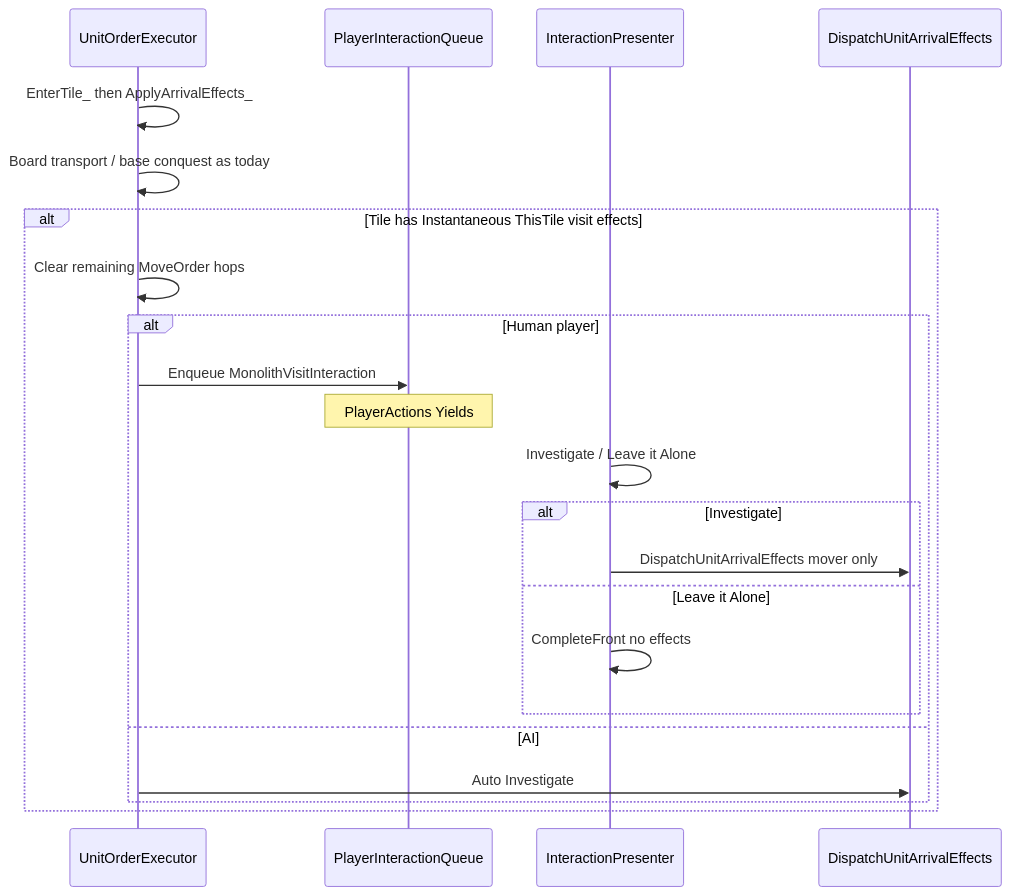
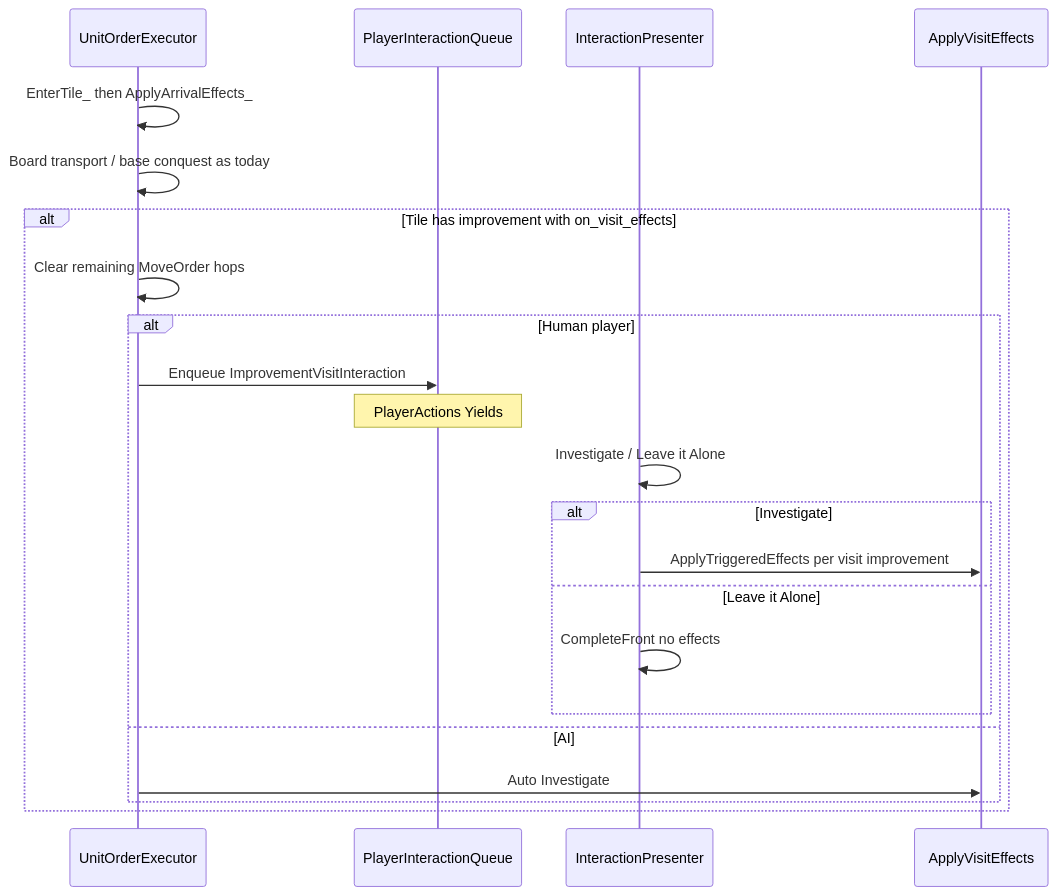
The diagram in .devin/plans/monolith_visit_rules_3f56084c.plan.md (kilianloftis/alpha-centauri), drawn with Mermaid before and after one commit. The commit also changed other lines of this file and 20 other files, not shown here.

Commit message:
Monolith Effects

````diff
--- a/.devin/plans/monolith_visit_rules_3f56084c.plan.md
+++ b/.devin/plans/monolith_visit_rules_3f56084c.plan.md
@@ -30,25 +27,25 @@
 ```mermaid
 sequenceDiagram
   participant Exec as UnitOrderExecutor
   participant Queue as PlayerInteractionQueue
   participant UI as InteractionPresenter
-  participant Domain as DispatchUnitArrivalEffects
+  participant Domain as ApplyVisitEffects
 
   Exec->>Exec: EnterTile_ then ApplyArrivalEffects_
   Exec->>Exec: Board transport / base conquest as today
-  alt Tile has Instantaneous ThisTile visit effects
+  alt Tile has improvement with on_visit_effects
     Exec->>Exec: Clear remaining MoveOrder hops
     alt Human player
-      Exec->>Queue: Enqueue MonolithVisitInteraction
+      Exec->>Queue: Enqueue ImprovementVisitInteraction
       Note over Queue: PlayerActions Yields
       UI->>UI: Investigate / Leave it Alone
       alt Investigate
-        UI->>Domain: DispatchUnitArrivalEffects mover only
+        UI->>Domain: ApplyTriggeredEffects per visit improvement
       else Leave it Alone
         UI->>UI: CompleteFront no effects
       end
     else AI
       Exec->>Domain: Auto Investigate
     end
   end
 ```
````
